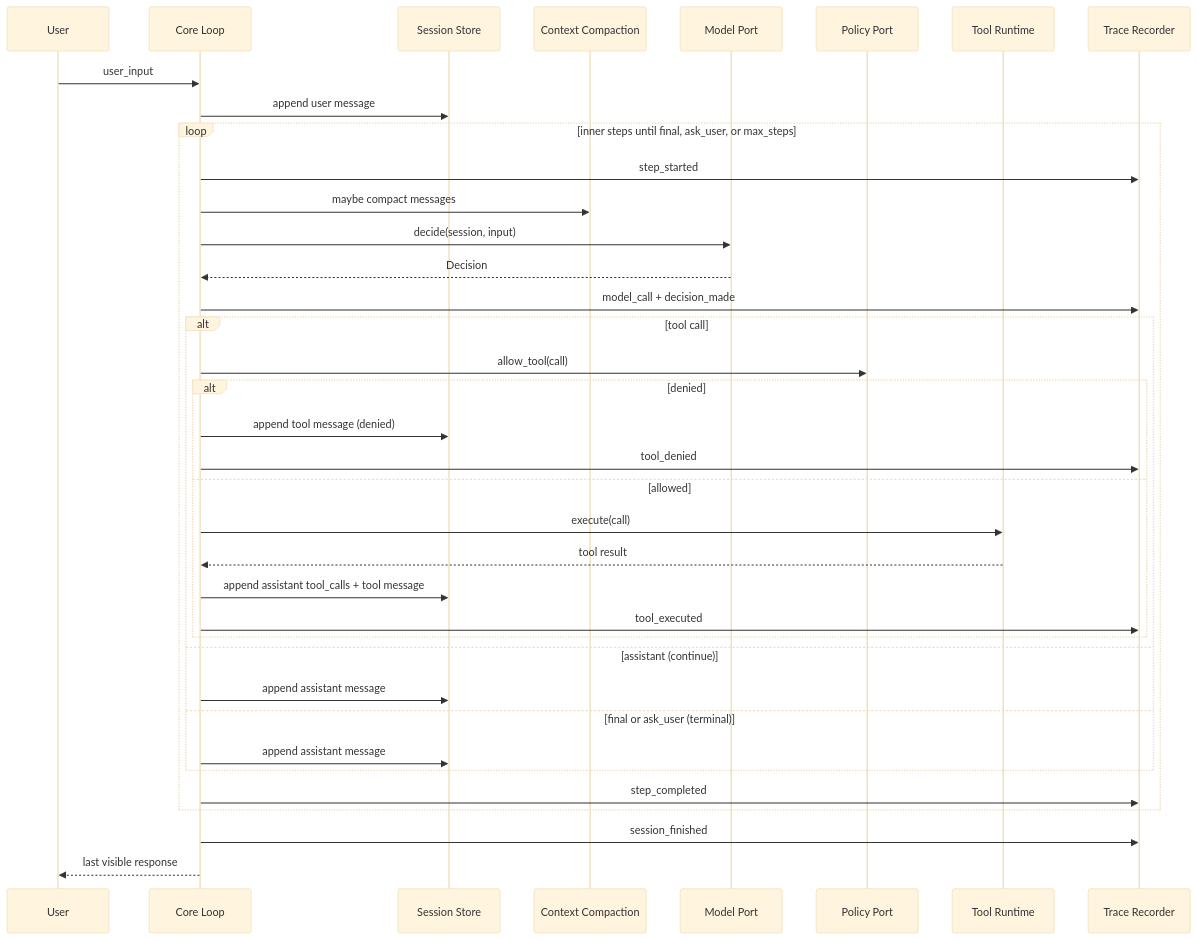
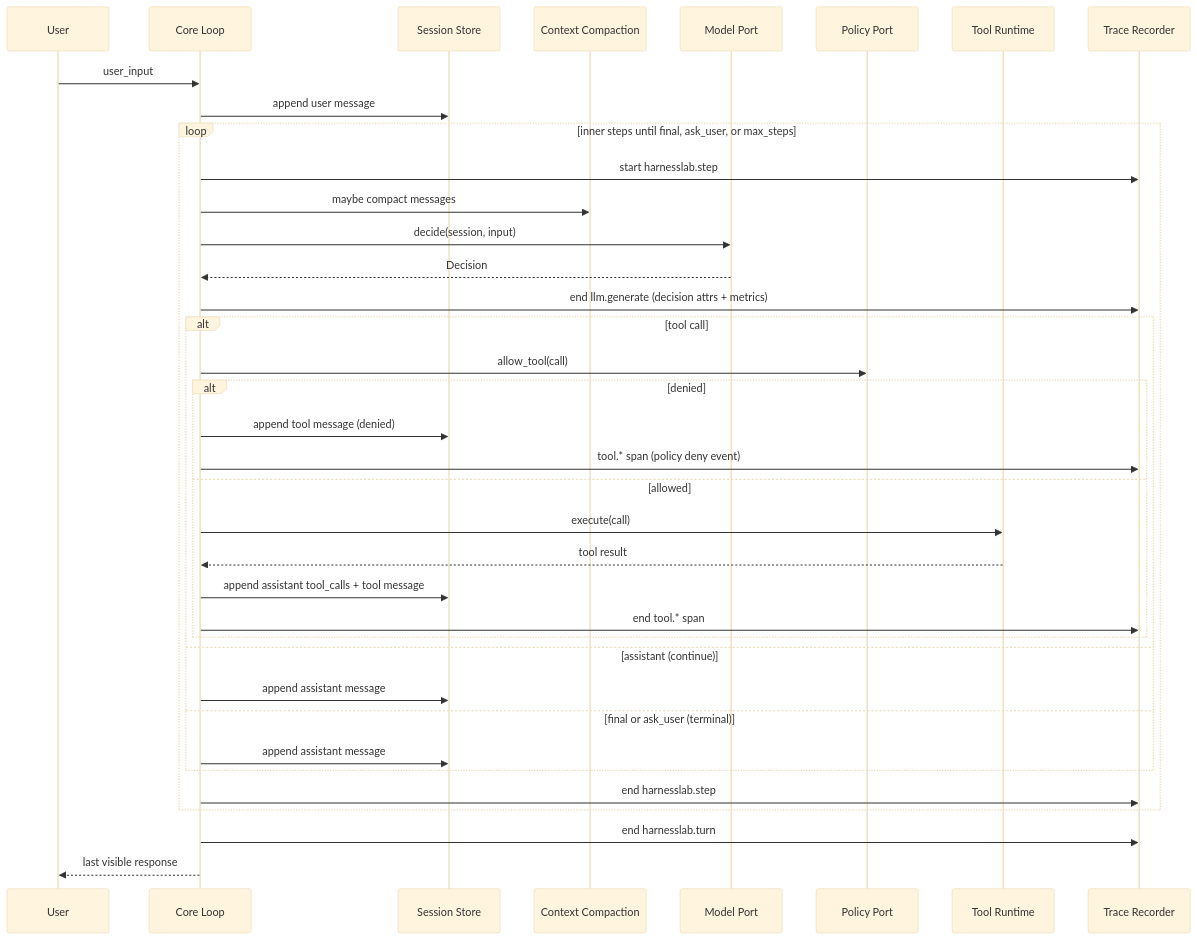
One commit to zhumengzhu/HarnessLab changed the second of 6 diagrams in docs/architecture/overview.md. Above: the diagram before and after it, drawn with Mermaid (base theme). The commit also changed other lines of this file and 14 other files, not shown here.

````diff
--- a/docs/architecture/overview.md
+++ b/docs/architecture/overview.md
@@ -173,40 +173,40 @@
 ```mermaid
 sequenceDiagram
     participant User
     participant CoreLoop as Core Loop
     participant SessionStore as Session Store
     participant Compaction as Context Compaction
     participant ModelPort as Model Port
     participant PolicyPort as Policy Port
     participant ToolRuntime as Tool Runtime
     participant TraceRecorder as Trace Recorder
 
     User->>CoreLoop: user_input
     CoreLoop->>SessionStore: append user message
     loop inner steps until final, ask_user, or max_steps
-        CoreLoop->>TraceRecorder: step_started
+        CoreLoop->>TraceRecorder: start harnesslab.step
         CoreLoop->>Compaction: maybe compact messages
         CoreLoop->>ModelPort: decide(session, input)
         ModelPort-->>CoreLoop: Decision
-        CoreLoop->>TraceRecorder: model_call + decision_made
+        CoreLoop->>TraceRecorder: end llm.generate (decision attrs + metrics)
         alt tool call
             CoreLoop->>PolicyPort: allow_tool(call)
             alt denied
                 CoreLoop->>SessionStore: append tool message (denied)
-                CoreLoop->>TraceRecorder: tool_denied
+                CoreLoop->>TraceRecorder: tool.* span (policy deny event)
             else allowed
                 CoreLoop->>ToolRuntime: execute(call)
                 ToolRuntime-->>CoreLoop: tool result
                 CoreLoop->>SessionStore: append assistant tool_calls + tool message
-                CoreLoop->>TraceRecorder: tool_executed
+                CoreLoop->>TraceRecorder: end tool.* span
             end
         else assistant (continue)
             CoreLoop->>SessionStore: append assistant message
         else final or ask_user (terminal)
             CoreLoop->>SessionStore: append assistant message
         end
-        CoreLoop->>TraceRecorder: step_completed
+        CoreLoop->>TraceRecorder: end harnesslab.step
     end
-    CoreLoop->>TraceRecorder: session_finished
+    CoreLoop->>TraceRecorder: end harnesslab.turn
     CoreLoop-->>User: last visible response
 ```
````
